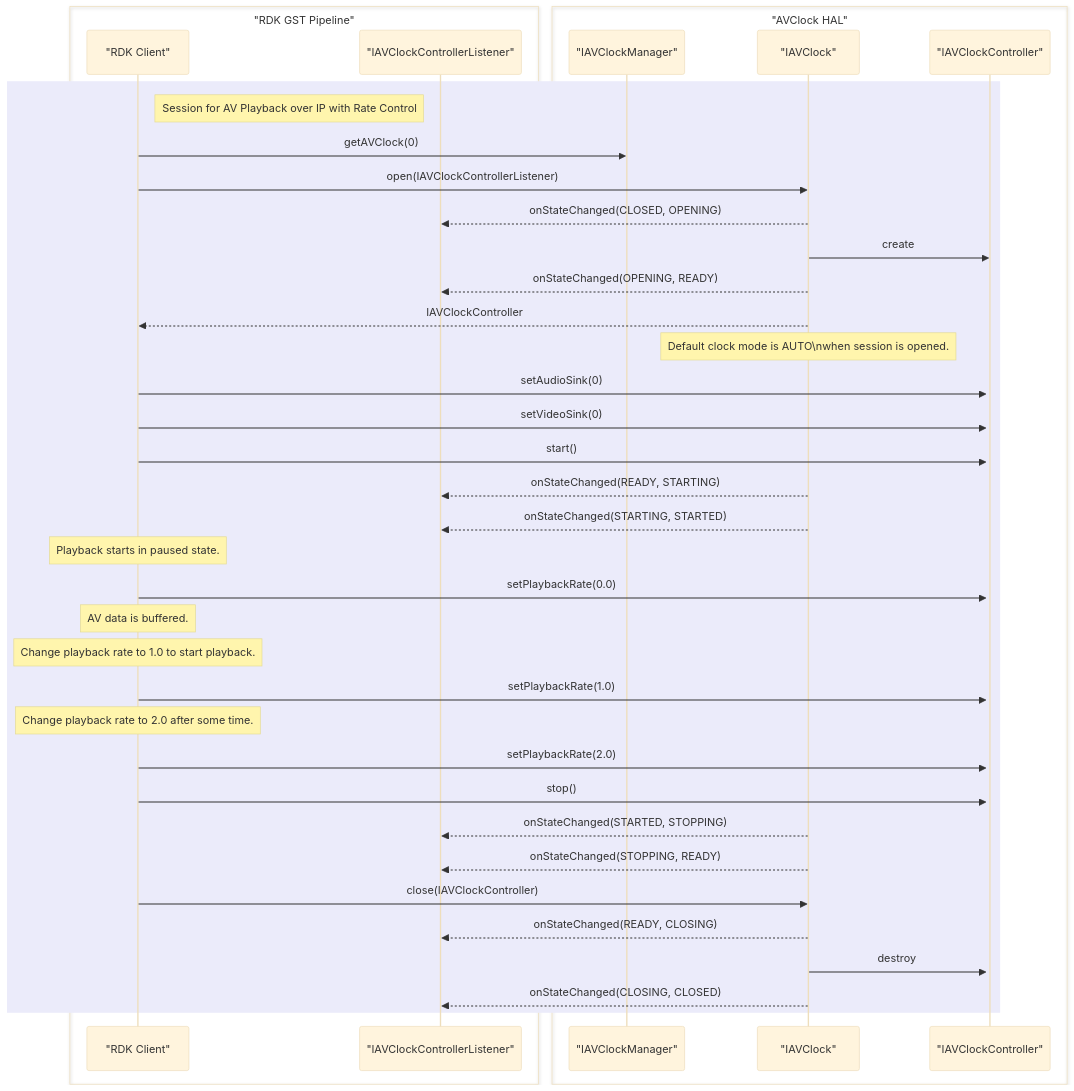
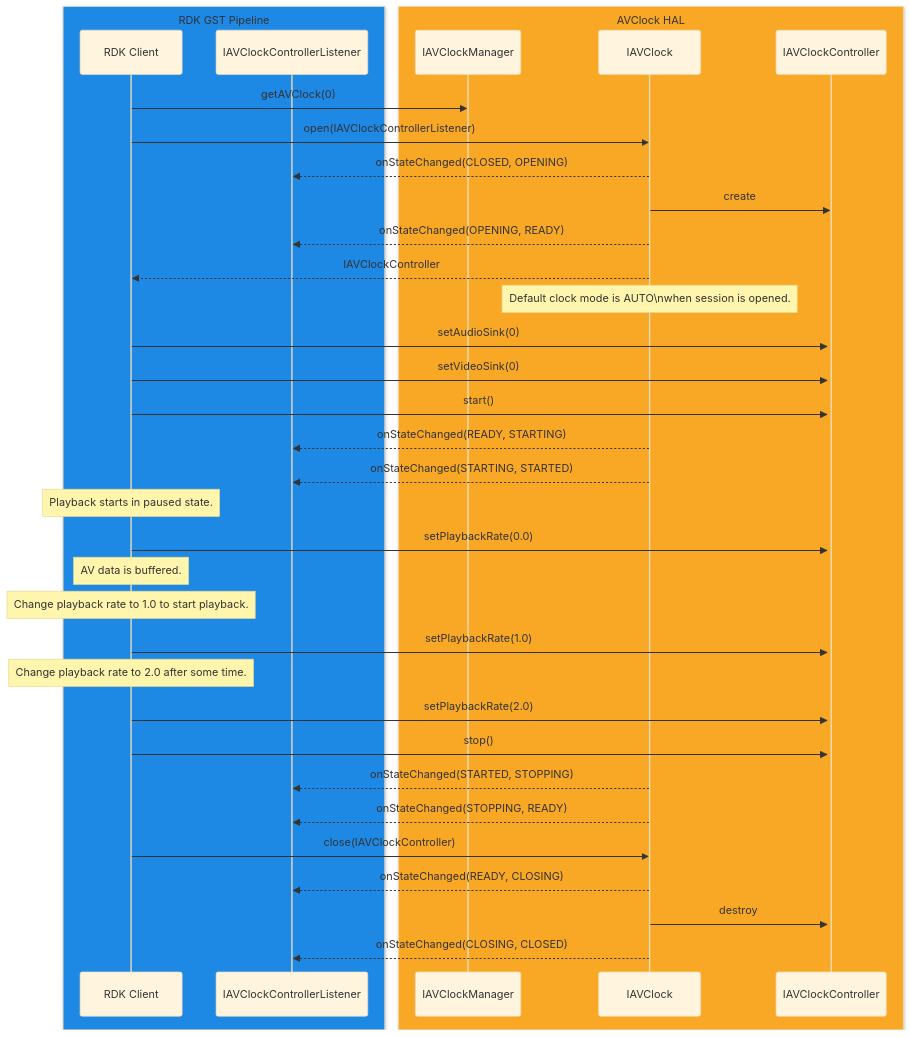
Before and after one commit to rdkcentral/rdk-halif-aidl: the eighth of 8 diagrams in docs/halif/av_clock/current/av_clock.md, drawn with Mermaid (base theme). The commit also changed other lines of this file and 27 other files, not shown here.

Commit message:
updated #19 audio, video, service manager, av, clock

````diff
--- a/docs/halif/av_clock/current/av_clock.md
+++ b/docs/halif/av_clock/current/av_clock.md
@@ -439,43 +541,41 @@
 ```mermaid
 sequenceDiagram
-    box "RDK GST Pipeline"
-      participant Client as "RDK Client"
-      participant Listener as "IAVClockControllerListener"
-    end
-    box "AVClock HAL" #lightgreen
-      participant CLKMAN as "IAVClockManager"
-      participant CLK as "IAVClock"
-      participant CTRL as "IAVClockController"
+    box rgb(30,136,229) RDK GST Pipeline
+      participant Client as RDK Client
+      participant Listener as IAVClockControllerListener
     end
 
-    rect rgb(235, 235, 250)
-    note right of Client: Session for AV Playback over IP with Rate Control
-      Client->>CLKMAN: getAVClock(0)
-      Client->>CLK: open(IAVClockControllerListener)
-      CLK-->>Listener: onStateChanged(CLOSED, OPENING)
-      CLK->>CTRL: create
-      activate CTRL
-      CLK-->>Listener: onStateChanged(OPENING, READY)
-      CLK-->>Client: IAVClockController
-      note over CLK: Default clock mode is AUTO\nwhen session is opened.
-      Client->>CTRL: setAudioSink(0)
-      Client->>CTRL: setVideoSink(0)
-      Client->>CTRL: start()
-      CLK-->>Listener: onStateChanged(READY, STARTING)
-      CLK-->>Listener: onStateChanged(STARTING, STARTED)
-      note over Client: Playback starts in paused state.
-      Client->>CTRL: setPlaybackRate(0.0)
-      note over Client: AV data is buffered.
-      note over Client: Change playback rate to 1.0 to start playback.
-      Client->>CTRL: setPlaybackRate(1.0)
-      note over Client: Change playback rate to 2.0 after some time.
-      Client->>CTRL: setPlaybackRate(2.0)
-      Client->>CTRL: stop()
-      CLK-->>Listener: onStateChanged(STARTED, STOPPING)
-      CLK-->>Listener: onStateChanged(STOPPING, READY)
-      Client->>CLK: close(IAVClockController)
-      CLK-->>Listener: onStateChanged(READY, CLOSING)
-      CLK->>CTRL: destroy
-      CLK-->>Listener: onStateChanged(CLOSING, CLOSED)
+    box rgb(249,168,37) AVClock HAL
+      participant CLKMAN as IAVClockManager
+      participant CLK as IAVClock
+      participant CTRL as IAVClockController
     end
+
+    Client->>CLKMAN: getAVClock(0)
+    Client->>CLK: open(IAVClockControllerListener)
+    CLK-->>Listener: onStateChanged(CLOSED, OPENING)
+    CLK->>CTRL: create
+    activate CTRL
+    CLK-->>Listener: onStateChanged(OPENING, READY)
+    CLK-->>Client: IAVClockController
+    note over CLK: Default clock mode is AUTO\nwhen session is opened.
+    Client->>CTRL: setAudioSink(0)
+    Client->>CTRL: setVideoSink(0)
+    Client->>CTRL: start()
+    CLK-->>Listener: onStateChanged(READY, STARTING)
+    CLK-->>Listener: onStateChanged(STARTING, STARTED)
+    note over Client: Playback starts in paused state.
+    Client->>CTRL: setPlaybackRate(0.0)
+    note over Client: AV data is buffered.
+    note over Client: Change playback rate to 1.0 to start playback.
+    Client->>CTRL: setPlaybackRate(1.0)
+    note over Client: Change playback rate to 2.0 after some time.
+    Client->>CTRL: setPlaybackRate(2.0)
+    Client->>CTRL: stop()
+    CLK-->>Listener: onStateChanged(STARTED, STOPPING)
+    CLK-->>Listener: onStateChanged(STOPPING, READY)
+    Client->>CLK: close(IAVClockController)
+    CLK-->>Listener: onStateChanged(READY, CLOSING)
+    CLK->>CTRL: destroy
+    CLK-->>Listener: onStateChanged(CLOSING, CLOSED)
 ```
````
